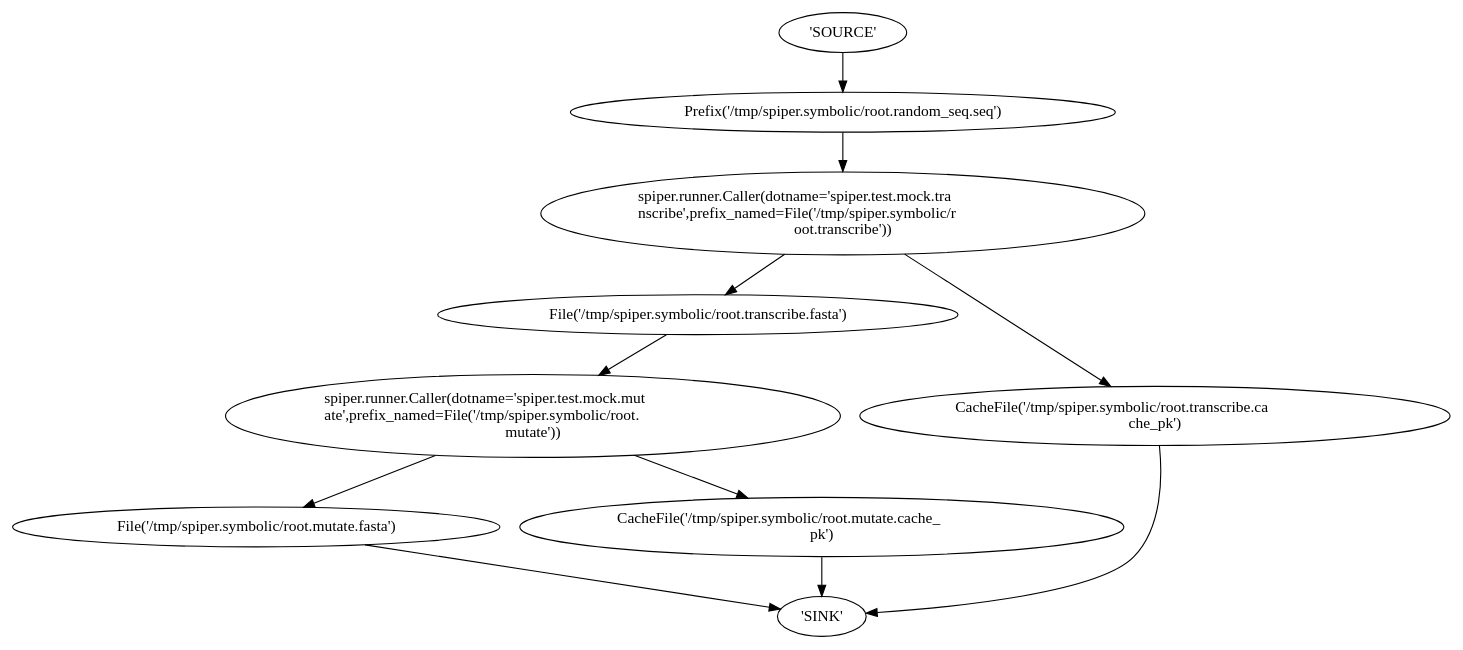
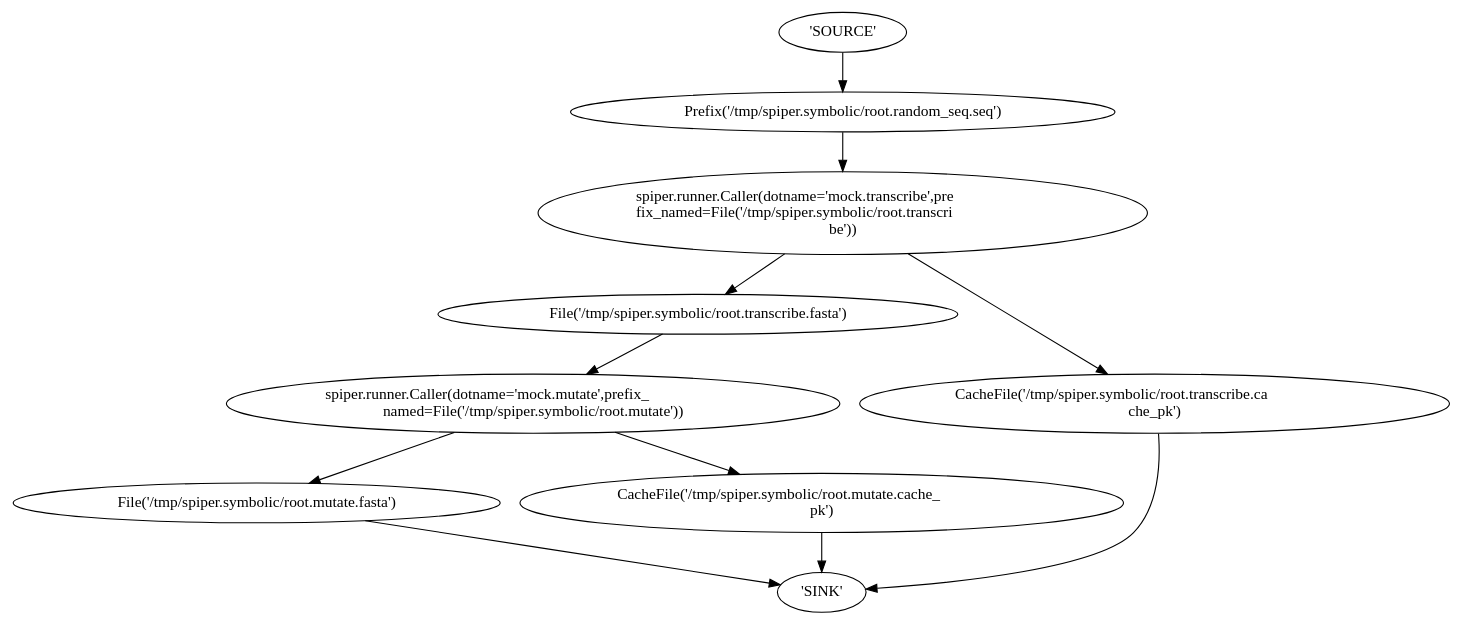
The diagram in assets/mock.py.real.dot (shouldsee/python-singular-pipe), drawn with Graphviz before and after one commit. The commit also changed 17 other files, not shown here.

```diff
--- a/assets/mock.py.real.dot
+++ b/assets/mock.py.real.dot
@@ -1,13 +1,13 @@
 strict digraph G {
 	rankdir=TB
 	"File('/tmp/spiper.symbolic/root.mutate.fasta')" -> "'SINK'"
-	"spiper.runner.Caller(dotname='spiper.test.mock.mut\late',prefix_named=File('/tmp/spiper.symbolic/root.\lmutate'))" -> "File('/tmp/spiper.symbolic/root.mutate.fasta')"
+	"spiper.runner.Caller(dotname='mock.mutate',prefix_\lnamed=File('/tmp/spiper.symbolic/root.mutate'))" -> "File('/tmp/spiper.symbolic/root.mutate.fasta')"
 	"CacheFile('/tmp/spiper.symbolic/root.mutate.cache_\lpk')" -> "'SINK'"
-	"spiper.runner.Caller(dotname='spiper.test.mock.mut\late',prefix_named=File('/tmp/spiper.symbolic/root.\lmutate'))" -> "CacheFile('/tmp/spiper.symbolic/root.mutate.cache_\lpk')"
-	"File('/tmp/spiper.symbolic/root.transcribe.fasta')" -> "spiper.runner.Caller(dotname='spiper.test.mock.mut\late',prefix_named=File('/tmp/spiper.symbolic/root.\lmutate'))"
-	"spiper.runner.Caller(dotname='spiper.test.mock.tra\lnscribe',prefix_named=File('/tmp/spiper.symbolic/r\loot.transcribe'))" -> "File('/tmp/spiper.symbolic/root.transcribe.fasta')"
+	"spiper.runner.Caller(dotname='mock.mutate',prefix_\lnamed=File('/tmp/spiper.symbolic/root.mutate'))" -> "CacheFile('/tmp/spiper.symbolic/root.mutate.cache_\lpk')"
+	"File('/tmp/spiper.symbolic/root.transcribe.fasta')" -> "spiper.runner.Caller(dotname='mock.mutate',prefix_\lnamed=File('/tmp/spiper.symbolic/root.mutate'))"
+	"spiper.runner.Caller(dotname='mock.transcribe',pre\lfix_named=File('/tmp/spiper.symbolic/root.transcri\lbe'))" -> "File('/tmp/spiper.symbolic/root.transcribe.fasta')"
 	"CacheFile('/tmp/spiper.symbolic/root.transcribe.ca\lche_pk')" -> "'SINK'"
-	"spiper.runner.Caller(dotname='spiper.test.mock.tra\lnscribe',prefix_named=File('/tmp/spiper.symbolic/r\loot.transcribe'))" -> "CacheFile('/tmp/spiper.symbolic/root.transcribe.ca\lche_pk')"
-	"Prefix('/tmp/spiper.symbolic/root.random_seq.seq')" -> "spiper.runner.Caller(dotname='spiper.test.mock.tra\lnscribe',prefix_named=File('/tmp/spiper.symbolic/r\loot.transcribe'))"
+	"spiper.runner.Caller(dotname='mock.transcribe',pre\lfix_named=File('/tmp/spiper.symbolic/root.transcri\lbe'))" -> "CacheFile('/tmp/spiper.symbolic/root.transcribe.ca\lche_pk')"
+	"Prefix('/tmp/spiper.symbolic/root.random_seq.seq')" -> "spiper.runner.Caller(dotname='mock.transcribe',pre\lfix_named=File('/tmp/spiper.symbolic/root.transcri\lbe'))"
 	"'SOURCE'" -> "Prefix('/tmp/spiper.symbolic/root.random_seq.seq')"
 }
```
